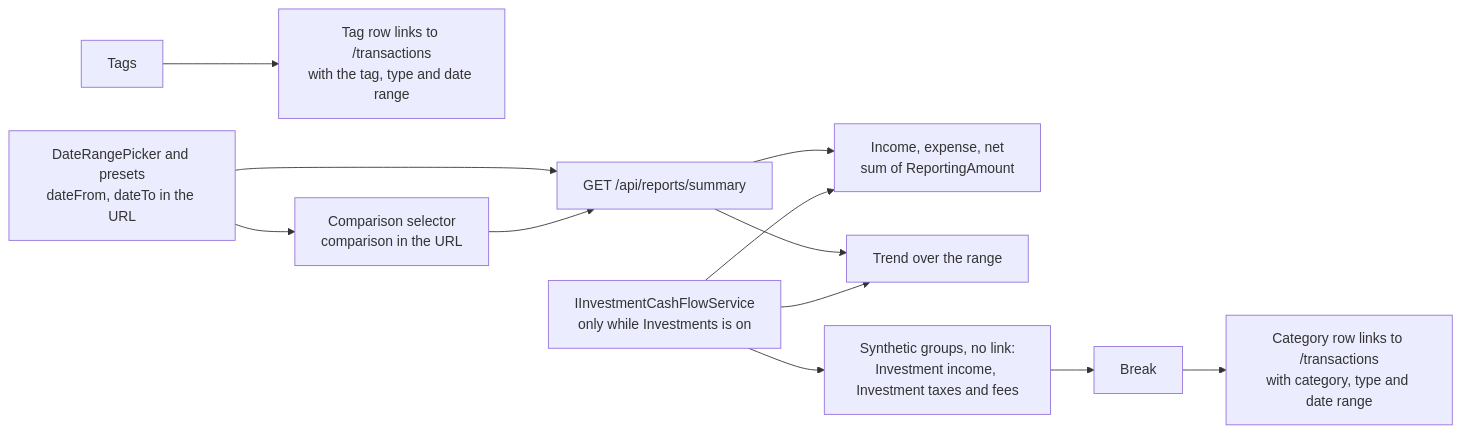
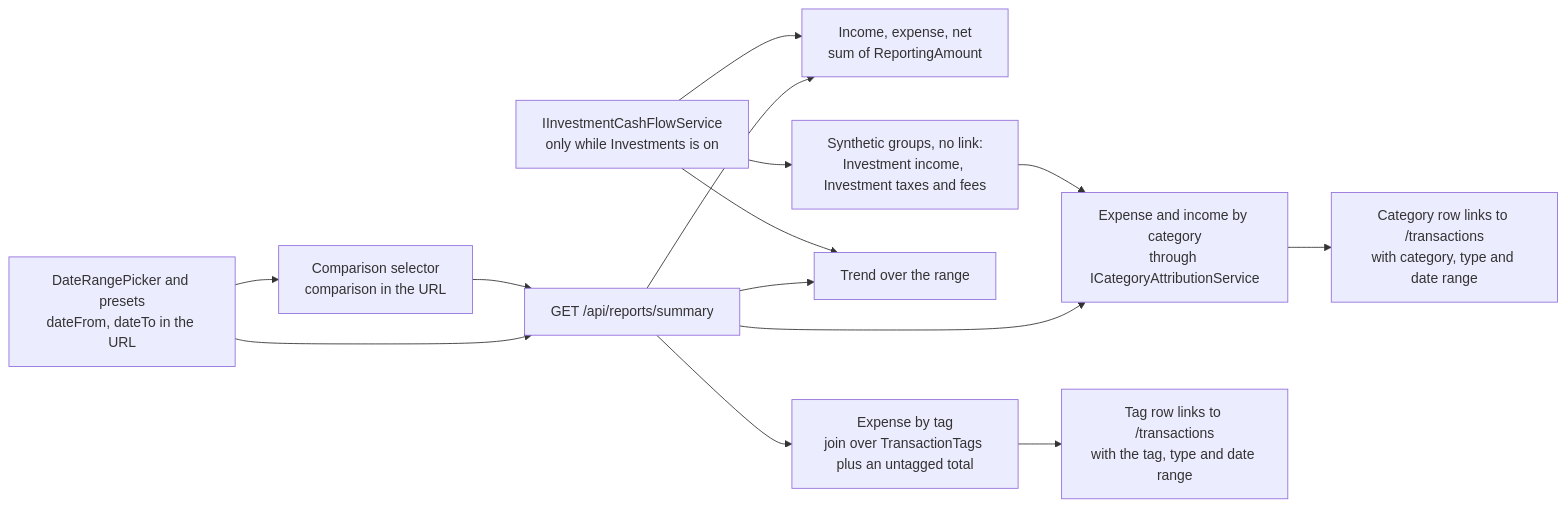
Before and after one commit to Justxs/Jx-Finance: the diagram in docs/features/18. Reports.md, drawn with Mermaid. The commit also changed other lines of this file and 156 other files, not shown here.

First line of the commit message:
feat(tags): tag transactions

````diff
--- a/docs/features/18. Reports.md
+++ b/docs/features/18. Reports.md
@@ -7,14 +7,16 @@
 ```mermaid
 flowchart LR
     Range["DateRangePicker and presets<br/>dateFrom, dateTo in the URL"] --> Api["GET /api/reports/summary"]
     Api --> Totals["Income, expense, net<br/>sum of ReportingAmount"]
+    Api --> Break["Expense and income by category<br/>through ICategoryAttributionService"]
+    Api --> Tags["Expense by tag<br/>join over TransactionTags plus an untagged total"]
     Api --> Trend["Trend over the range"]
     Break --> Drill["Category row links to /transactions<br/>with category, type and date range"]
     Tags --> TagDrill["Tag row links to /transactions<br/>with the tag, type and date range"]
     Inv["IInvestmentCashFlowService<br/>only while Investments is on"] --> Totals
     Inv --> Trend
     Inv --> Groups["Synthetic groups, no link:<br/>Investment income, Investment taxes and fees"]
     Groups --> Break
     Range --> Compare["Comparison selector<br/>comparison in the URL"]
     Compare --> Api
 ```
````
